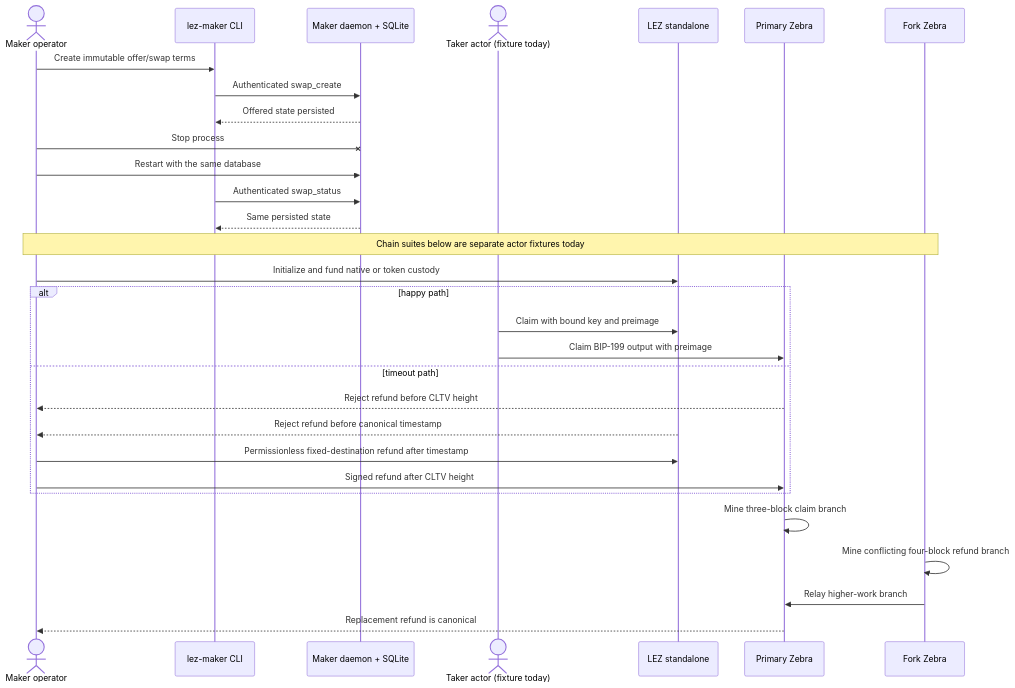
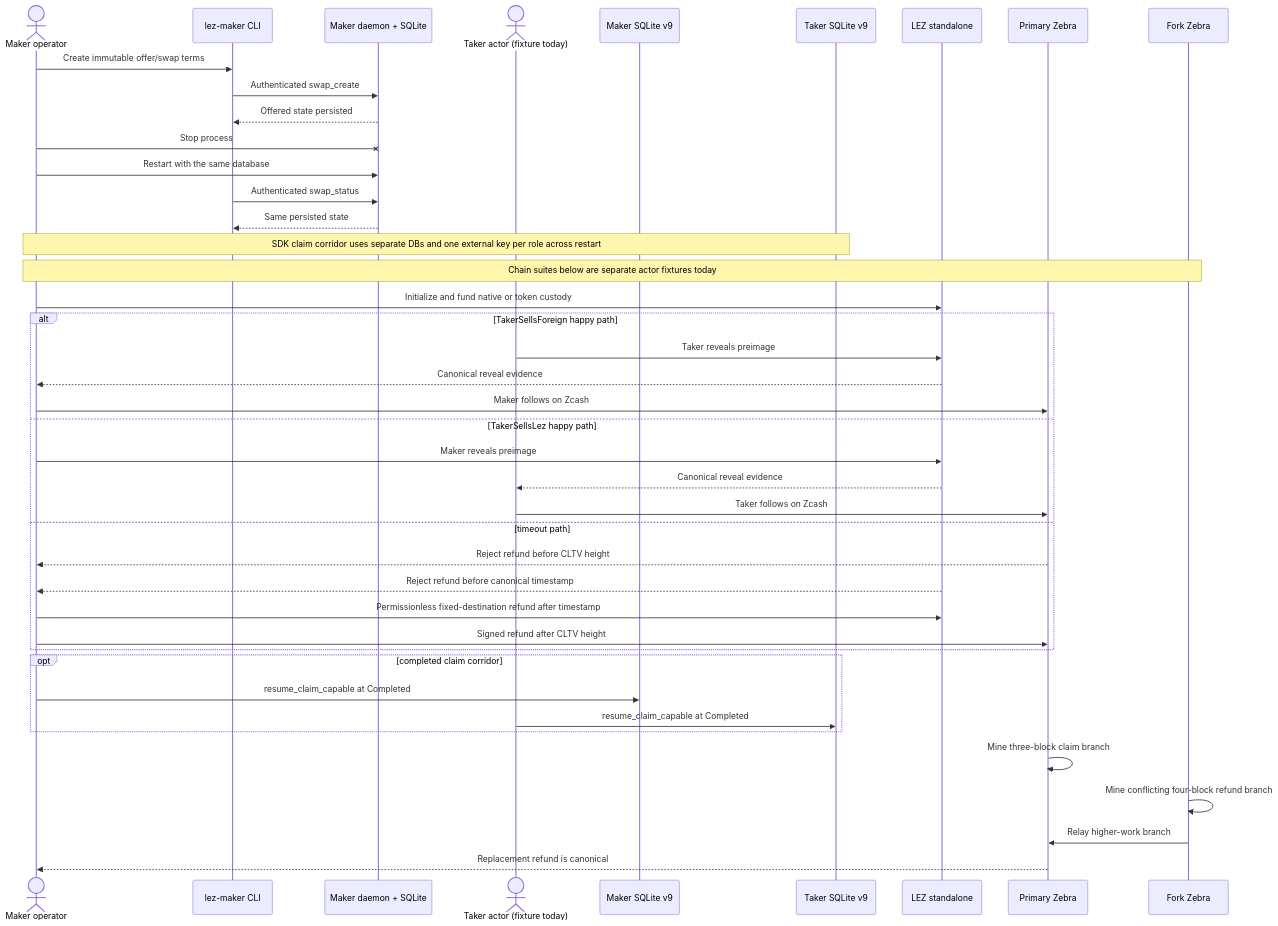
Before and after one commit to gateway-fm/lez-atomic-swaps: the diagram in docs/manual-user-flows.md, drawn with Mermaid. The commit also changed other lines of this file and 5 other files, not shown here.

Commit message:
docs: record protected claim recovery corridor

````diff
--- a/docs/manual-user-flows.md
+++ b/docs/manual-user-flows.md
@@ -34,34 +34,46 @@
 ```mermaid
 sequenceDiagram
     actor Operator as Maker operator
     participant CLI as lez-maker CLI
     participant Daemon as Maker daemon + SQLite
     actor Taker as Taker actor (fixture today)
+    participant MakerDB as Maker SQLite v9
+    participant TakerDB as Taker SQLite v9
     participant LEZ as LEZ standalone
     participant Z1 as Primary Zebra
     participant Z2 as Fork Zebra
 
     Operator->>CLI: Create immutable offer/swap terms
     CLI->>Daemon: Authenticated swap_create
     Daemon-->>CLI: Offered state persisted
     Operator-xDaemon: Stop process
     Operator->>Daemon: Restart with the same database
     CLI->>Daemon: Authenticated swap_status
     Daemon-->>CLI: Same persisted state
 
+    Note over Operator,TakerDB: SDK claim corridor uses separate DBs and one external key per role across restart
     Note over Operator,Z2: Chain suites below are separate actor fixtures today
     Operator->>LEZ: Initialize and fund native or token custody
-    alt happy path
-        Taker->>LEZ: Claim with bound key and preimage
-        Taker->>Z1: Claim BIP-199 output with preimage
+    alt TakerSellsForeign happy path
+        Taker->>LEZ: Taker reveals preimage
+        LEZ-->>Operator: Canonical reveal evidence
+        Operator->>Z1: Maker follows on Zcash
+    else TakerSellsLez happy path
+        Operator->>LEZ: Maker reveals preimage
+        LEZ-->>Taker: Canonical reveal evidence
+        Taker->>Z1: Taker follows on Zcash
     else timeout path
         Z1-->>Operator: Reject refund before CLTV height
         LEZ-->>Operator: Reject refund before canonical timestamp
         Operator->>LEZ: Permissionless fixed-destination refund after timestamp
         Operator->>Z1: Signed refund after CLTV height
     end
+    opt completed claim corridor
+        Operator->>MakerDB: resume_claim_capable at Completed
+        Taker->>TakerDB: resume_claim_capable at Completed
+    end
     Z1->>Z1: Mine three-block claim branch
     Z2->>Z2: Mine conflicting four-block refund branch
     Z2->>Z1: Relay higher-work branch
     Z1-->>Operator: Replacement refund is canonical
 ```
````
